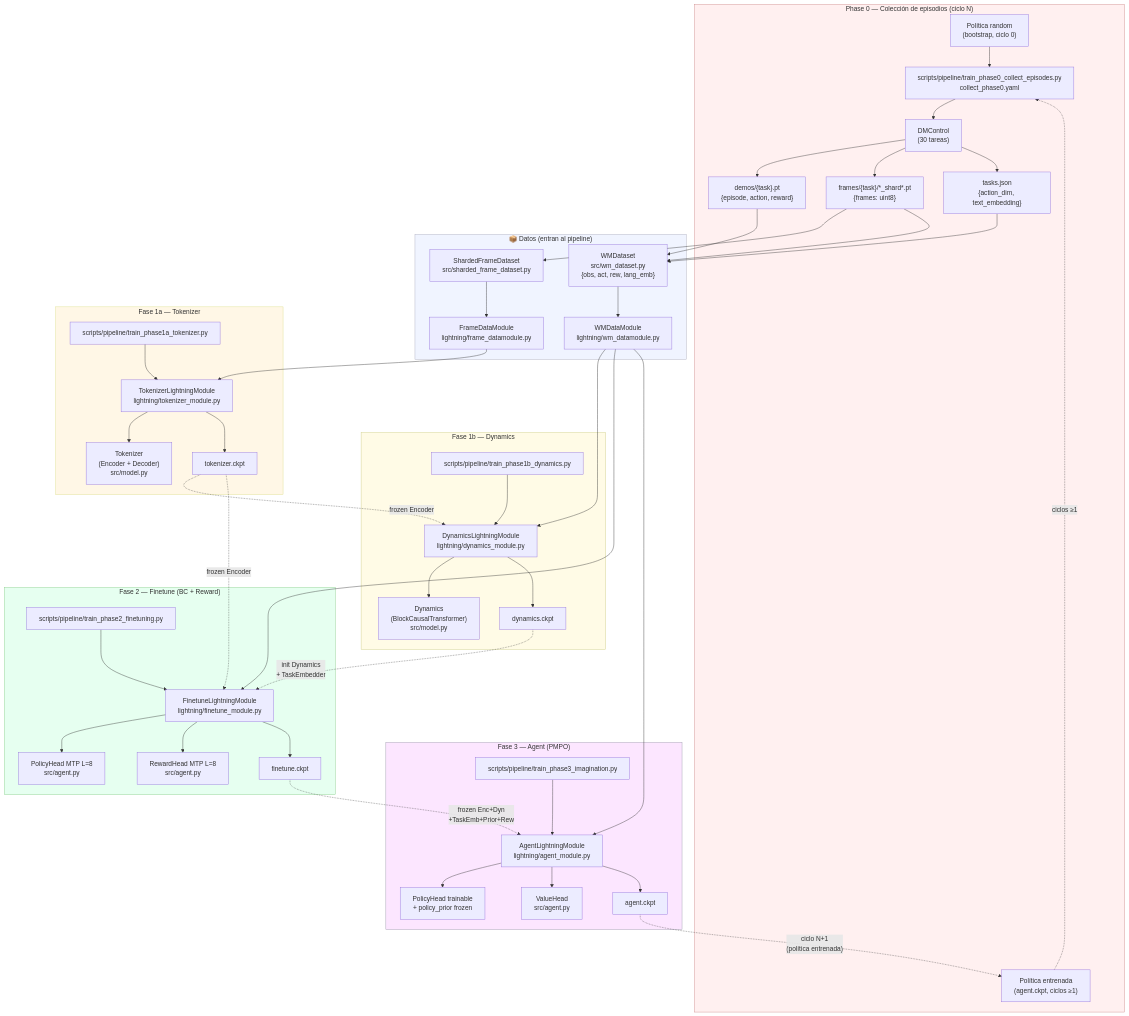
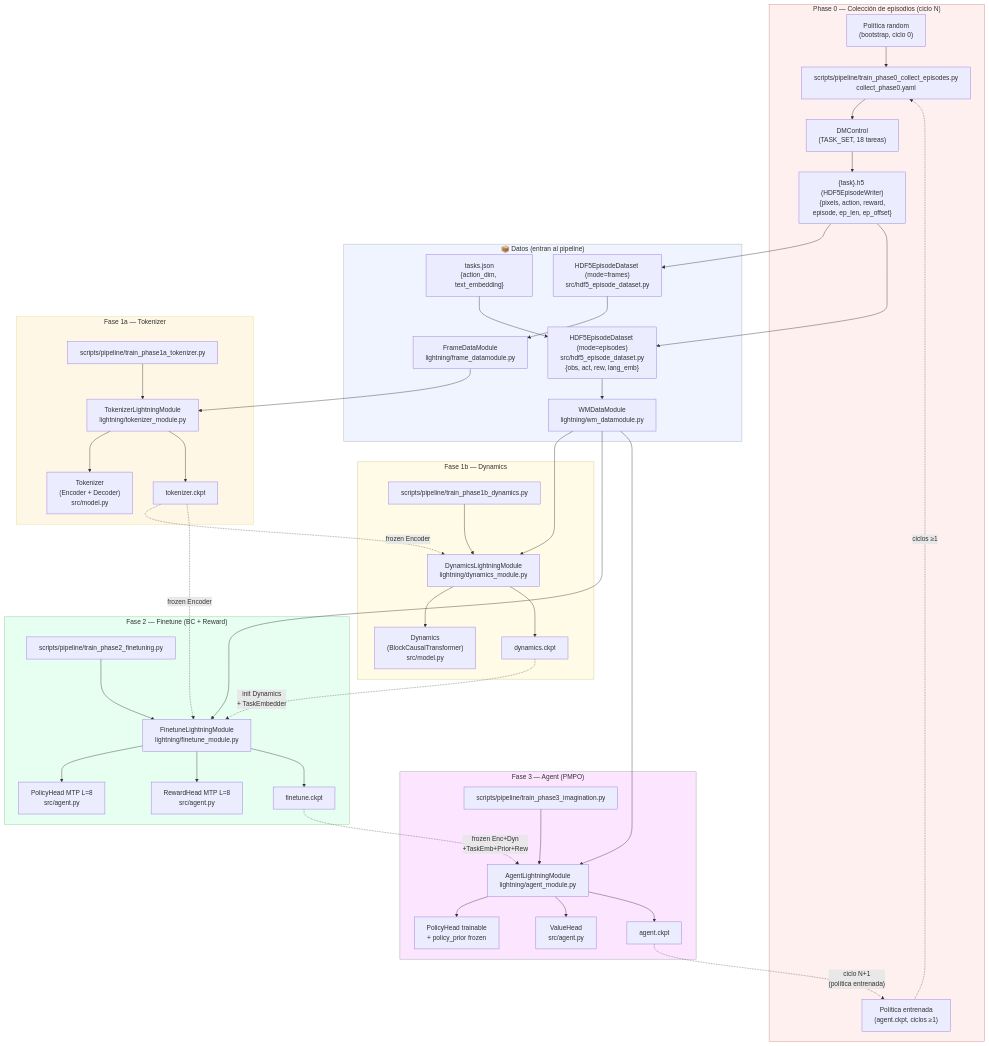
The first of 3 diagrams in docs/architecture.md (GonzaloFuentes1/dreamer4), drawn with Mermaid before and after one commit. The commit also changed other lines of this file and 6 other files, not shown here.

```diff
--- a/docs/architecture.md
+++ b/docs/architecture.md
@@ -10,29 +10,25 @@
 flowchart TD
     subgraph P0["Phase 0 — Colección de episodios (ciclo N)"]
         COL["scripts/pipeline/train_phase0_collect_episodes.py\ncollect_phase0.yaml"]
-        ENV["DMControl\n(30 tareas)"]
+        ENV["DMControl\n(TASK_SET, 18 tareas)"]
         RPOL["Política random\n(bootstrap, ciclo 0)"]
         APOL["Política entrenada\n(agent.ckpt, ciclos ≥1)"]
-        DEMOS["demos/{task}.pt\n{episode, action, reward}"]
-        SHARDS["frames/{task}/*_shard*.pt\n{frames: uint8}"]
-        TJSON["tasks.json\n{action_dim, text_embedding}"]
+        H5["{task}.h5 (HDF5EpisodeWriter)\n{pixels, action, reward,\nepisode, ep_len, ep_offset}"]
         COL --> ENV
         RPOL --> COL
         APOL -. "ciclos ≥1" .-> COL
-        ENV --> DEMOS
-        ENV --> SHARDS
-        ENV --> TJSON
+        ENV --> H5
     end
 
     subgraph DATA["📦 Datos (entran al pipeline)"]
-        FS["ShardedFrameDataset\nsrc/sharded_frame_dataset.py"]
-        WMD["WMDataset\nsrc/wm_dataset.py\n{obs, act, rew, lang_emb}"]
+        TJSON["tasks.json\n{action_dim, text_embedding}"]
+        FS["HDF5EpisodeDataset (mode=frames)\nsrc/hdf5_episode_dataset.py"]
+        WMD["HDF5EpisodeDataset (mode=episodes)\nsrc/hdf5_episode_dataset.py\n{obs, act, rew, lang_emb}"]
         FDM["FrameDataModule\nlightning/frame_datamodule.py"]
         WMDM["WMDataModule\nlightning/wm_datamodule.py"]
-        SHARDS --> FS --> FDM
-        DEMOS --> WMD
+        H5 --> FS --> FDM
+        H5 --> WMD --> WMDM
         TJSON --> WMD
-        SHARDS --> WMD --> WMDM
     end
 
     subgraph P1A["Fase 1a — Tokenizer"]
```
